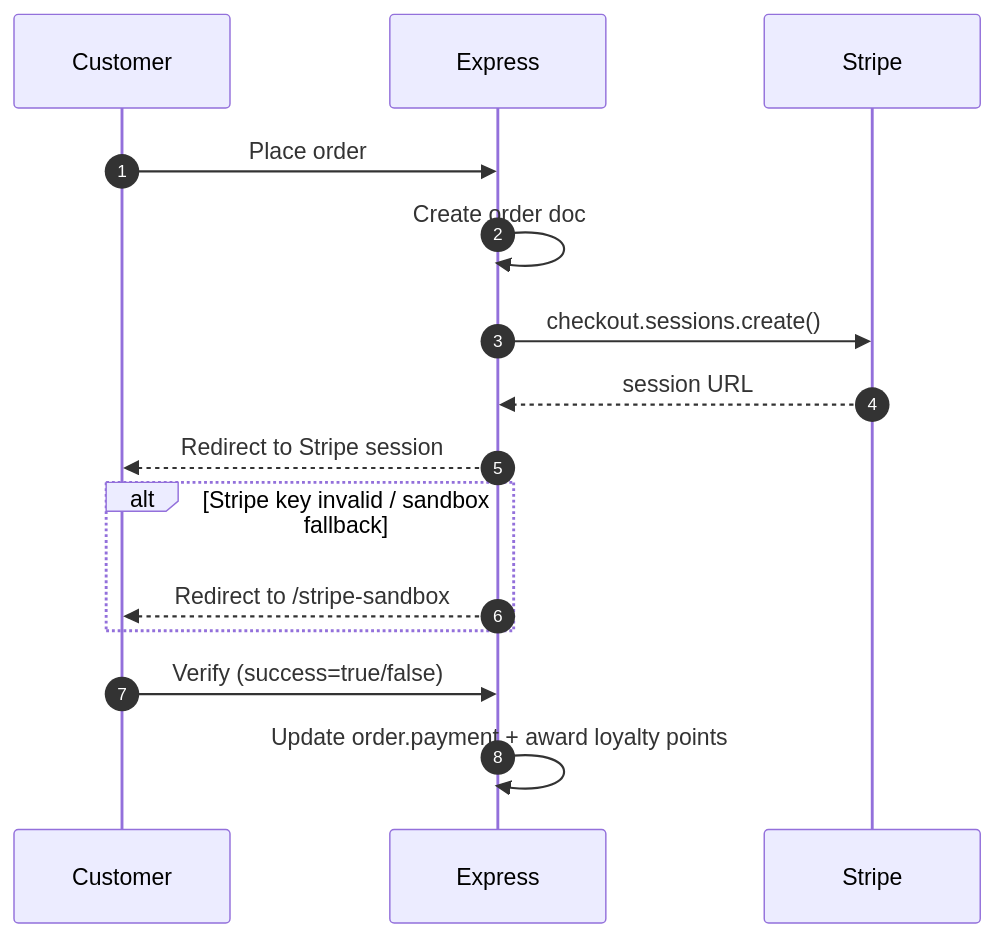
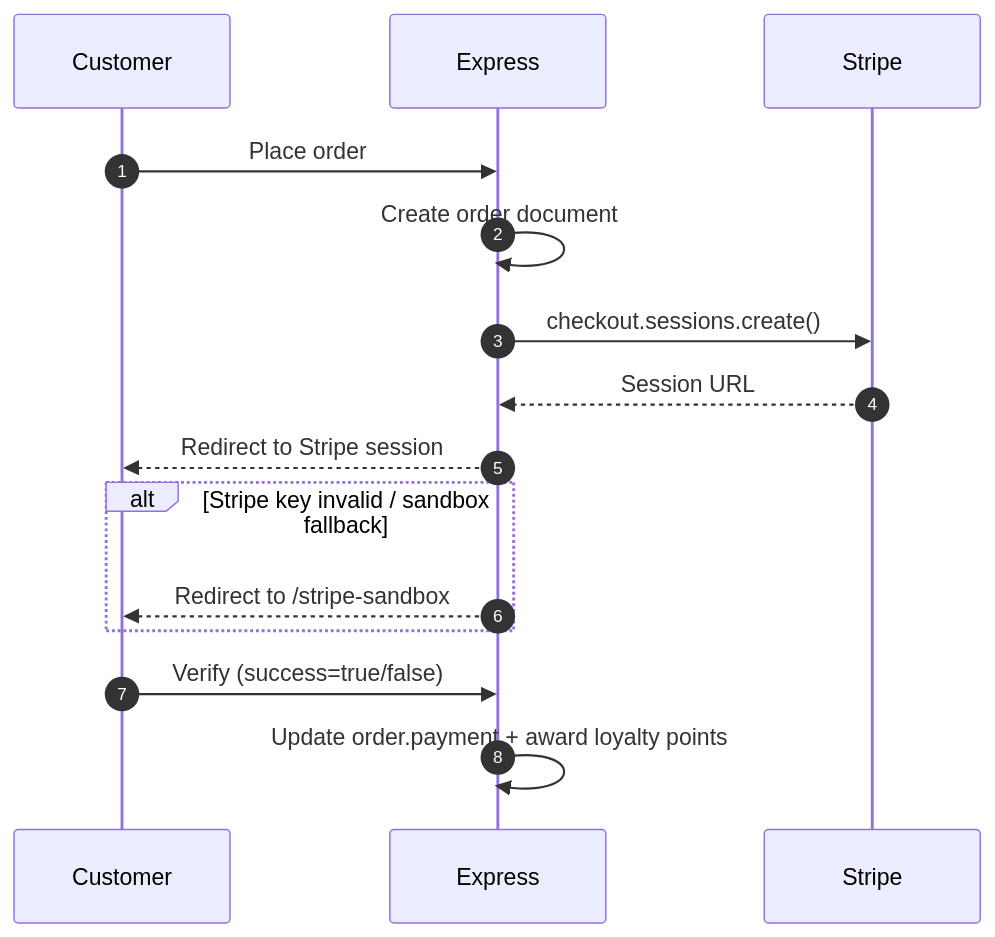
The seventh of 7 diagrams in Readme.md (vid0326/QBFood), drawn with Mermaid before and after one commit. The commit also changed other lines of this file, not shown here.

````diff
--- a/Readme.md
+++ b/Readme.md
@@ -337,20 +337,20 @@
 ```mermaid
 sequenceDiagram
   autonumber
   participant Client as Customer
   participant API as Express
   participant Stripe as Stripe
 
   Client->>API: Place order
-  API->>API: Create order doc
+  API->>API: Create order document
   API->>Stripe: checkout.sessions.create()
-  Stripe-->>API: session URL
+  Stripe-->>API: Session URL
   API-->>Client: Redirect to Stripe session
 
   alt Stripe key invalid / sandbox fallback
     API-->>Client: Redirect to /stripe-sandbox
   end
 
   Client->>API: Verify (success=true/false)
   API->>API: Update order.payment + award loyalty points
 ```
````
